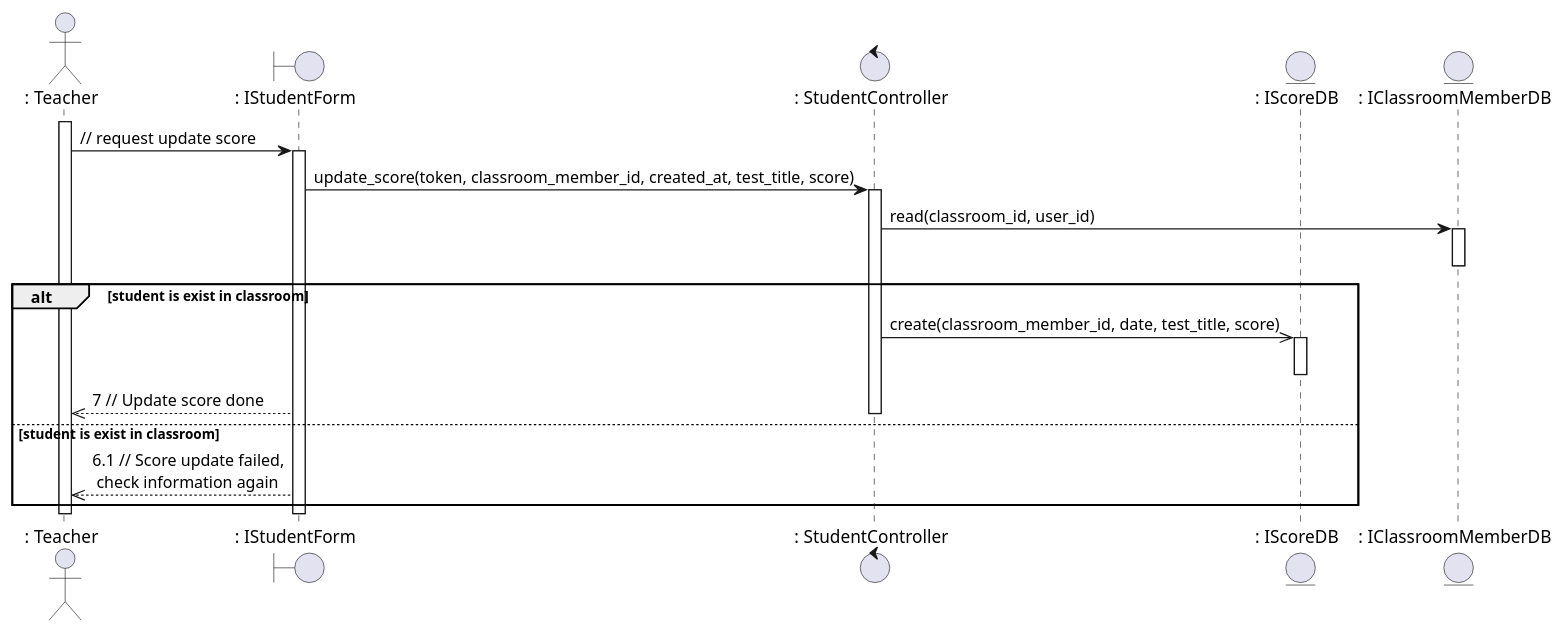
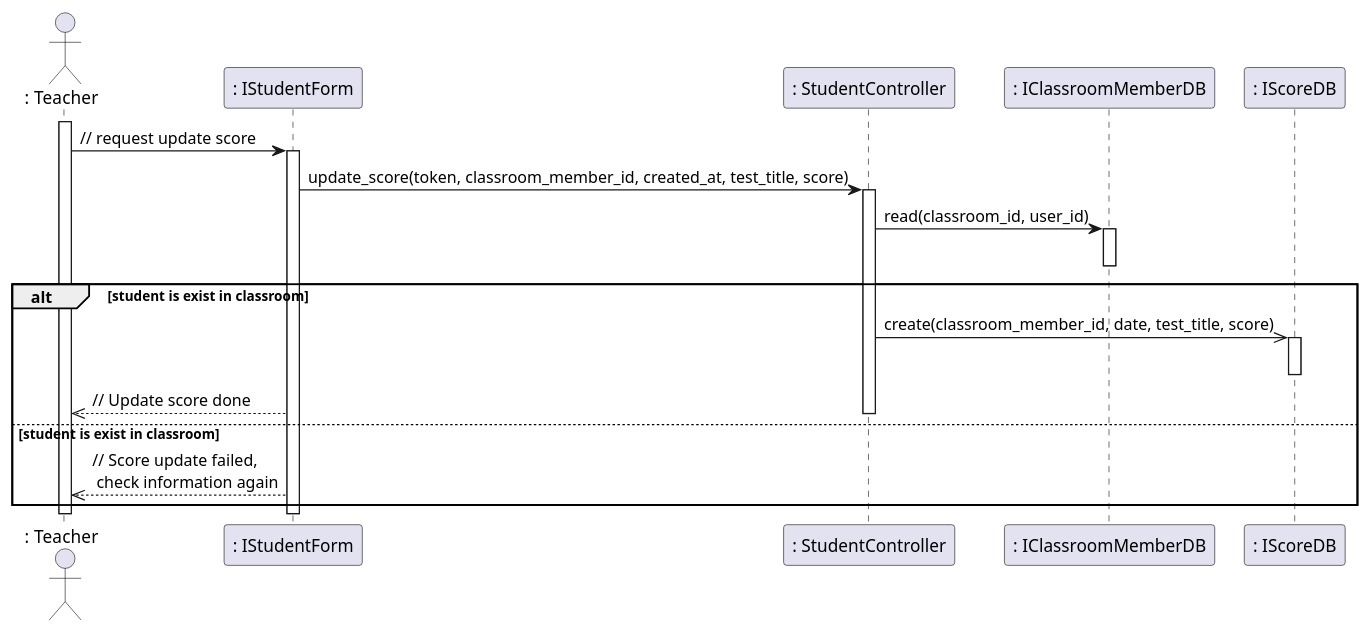
One commit to anonyhostvn/OOAD-Diagram changed the diagram in sequence - design/rollcall/updateScore.plantuml. Above: the diagram before and after it, drawn with PlantUML. The commit also changed 7 other files, not shown here.

Commit message:
fix sequence design actor icon _ 1

```diff
--- a/sequence - design/rollcall/updateScore.plantuml
+++ b/sequence - design/rollcall/updateScore.plantuml
@@ -1,32 +1,28 @@
 @startuml updateScore
 
 actor ": Teacher"
-boundary ": IStudentForm"
-control ": StudentController"
-entity ": IScoreDB"
-entity ": IClassroomMemberDB"
 
 activate ": Teacher"
 
 ": Teacher" -> ": IStudentForm": // request update score
 activate ": IStudentForm"
 ": IStudentForm" -> ": StudentController": update_score(token, classroom_member_id, created_at, test_title, score)
 activate ": StudentController"
 ": StudentController" -> ": IClassroomMemberDB": read(classroom_id, user_id)
 activate ": IClassroomMemberDB"
 deactivate ": IClassroomMemberDB"
 alt student is exist in classroom
     ": StudentController" ->> ": IScoreDB": create(classroom_member_id, date, test_title, score)
     activate ": IScoreDB"
     deactivate ": IScoreDB"
-    ": IStudentForm" -->> ": Teacher": 7 // Update score done
+    ": IStudentForm" -->> ": Teacher": // Update score done
 else student is exist in classroom
     deactivate ": StudentController"
-    ": IStudentForm" -->> ": Teacher": 6.1 // Score update failed,\n check information again
+    ": IStudentForm" -->> ": Teacher": // Score update failed,\n check information again
 end
 
 deactivate ": Teacher"
 deactivate ": IStudentForm"
 
 
 @enduml
```
